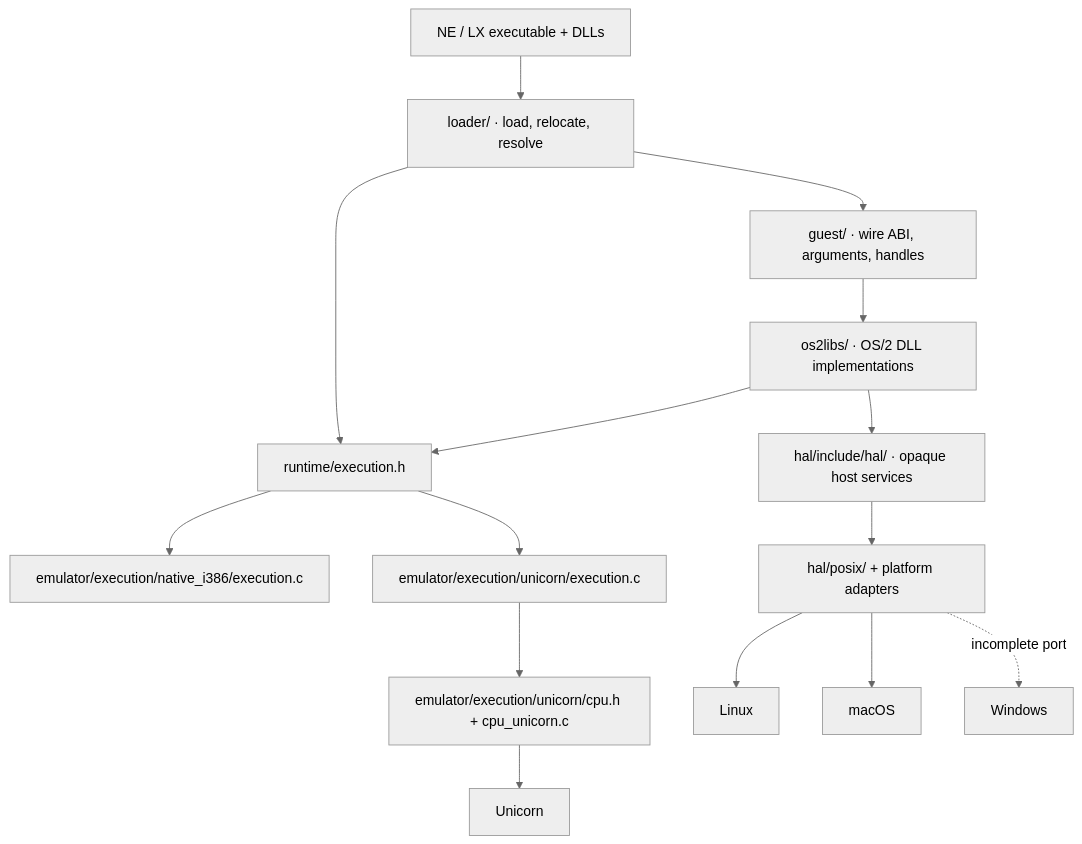
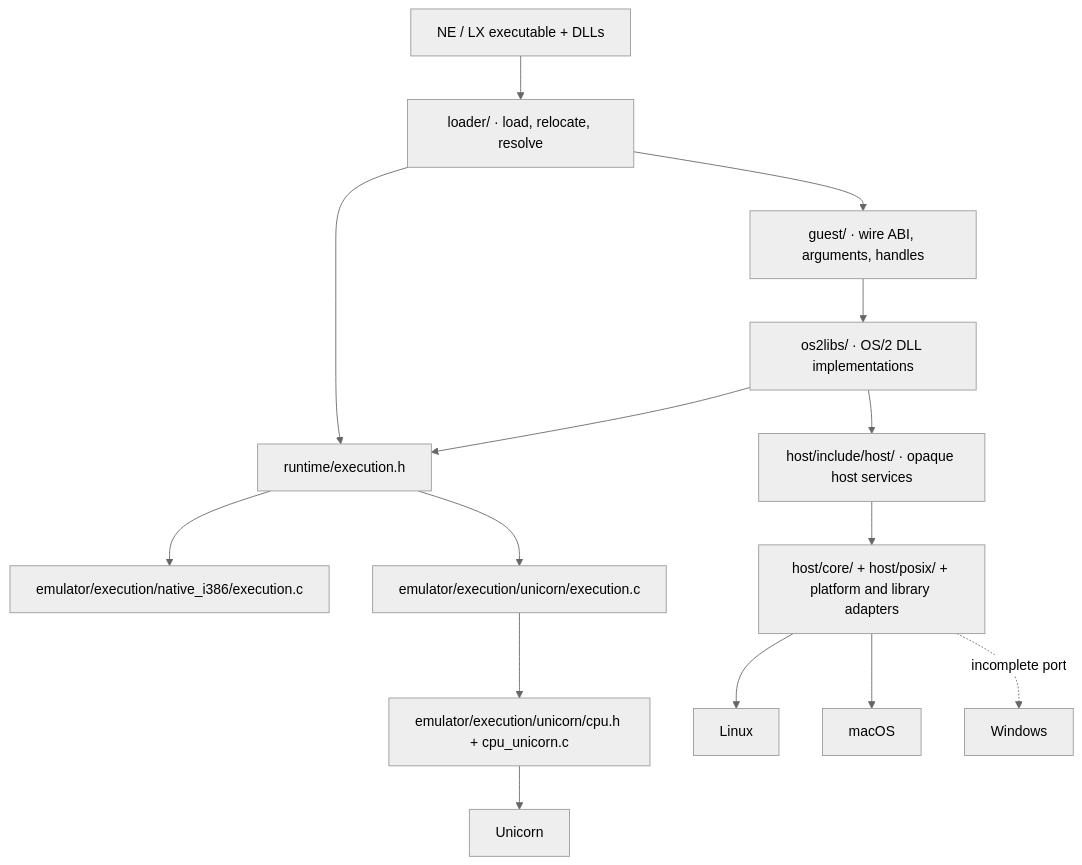
The first of 9 diagrams in docs/architecture.md (bitwisecook/2ine), drawn with Mermaid (neutral theme) before and after one commit. The commit also changed other lines of this file and 409 other files, not shown here.

````diff
--- a/docs/architecture.md
+++ b/docs/architecture.md
@@ -9,16 +9,16 @@
 ```mermaid
 flowchart TD
     Image["NE / LX executable + DLLs"] --> Loader["loader/ · load, relocate, resolve"]
     Loader --> Guest["guest/ · wire ABI, arguments, handles"]
     Guest --> APIs["os2libs/ · OS/2 DLL implementations"]
     Loader --> Execution["runtime/execution.h"]
     APIs --> Execution
     Execution --> Native["emulator/execution/native_i386/execution.c"]
     Execution --> Emulator["emulator/execution/unicorn/execution.c"]
     Emulator --> CPU["emulator/execution/unicorn/cpu.h + cpu_unicorn.c"] --> Unicorn["Unicorn"]
-    APIs --> Host["hal/include/hal/ · opaque host services"]
-    Host --> HAL["hal/posix/ + platform adapters"]
-    HAL --> Linux["Linux"]
-    HAL --> Mac["macOS"]
-    HAL -. incomplete port .-> Windows["Windows"]
+    APIs --> Host["host/include/host/ · opaque host services"]
+    Host --> Adapters["host/core/ + host/posix/ + platform and library adapters"]
+    Adapters --> Linux["Linux"]
+    Adapters --> Mac["macOS"]
+    Adapters -. incomplete port .-> Windows["Windows"]
 ```
````
